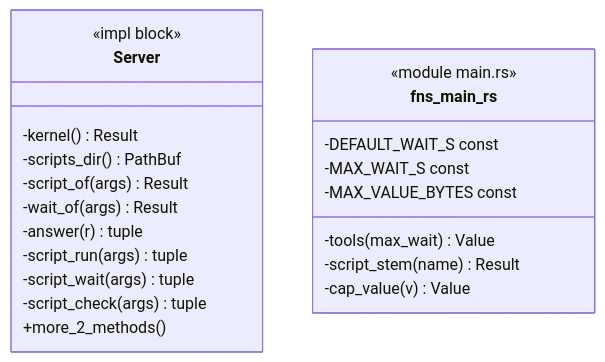
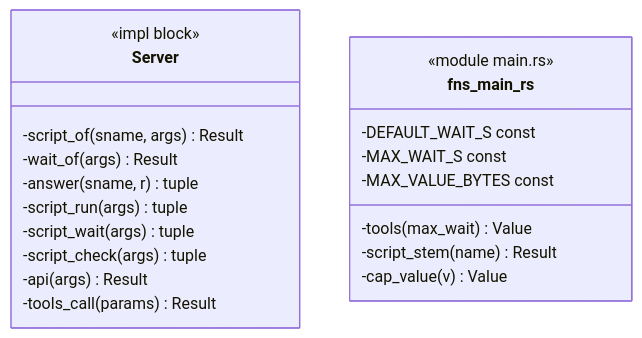
One commit to p-j-r/nyx changed the diagram in docs/architecture/c4/4-code/mcp/tools.md. Above: the diagram before and after it, drawn with Mermaid. The commit also changed other lines of this file and 150 other files, not shown here.

````diff
--- a/docs/architecture/c4/4-code/mcp/tools.md
+++ b/docs/architecture/c4/4-code/mcp/tools.md
@@ -31,24 +31,23 @@
 ```mermaid
 classDiagram
   class Server {
       <<impl block>>
-      -kernel() Result
-      -scripts_dir() PathBuf
-      -script_of(args) Result
+      -script_of(sname, args) Result
       -wait_of(args) Result
-      -answer(r) tuple
+      -answer(sname, r) tuple
       -script_run(args) tuple
       -script_wait(args) tuple
       -script_check(args) tuple
-      +more_2_methods()
+      -api(args) Result
+      -tools_call(params) Result
   }
   class fns_main_rs {
       <<module main.rs>>
       -tools(max_wait) Value
       -script_stem(name) Result
       -cap_value(v) Value
       -DEFAULT_WAIT_S const
       -MAX_WAIT_S const
       -MAX_VALUE_BYTES const
   }
 ```
````
